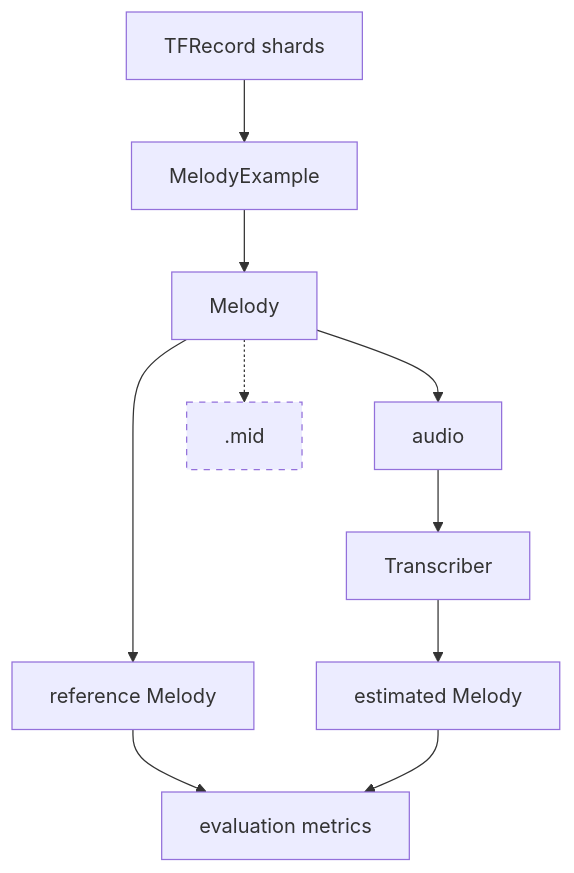
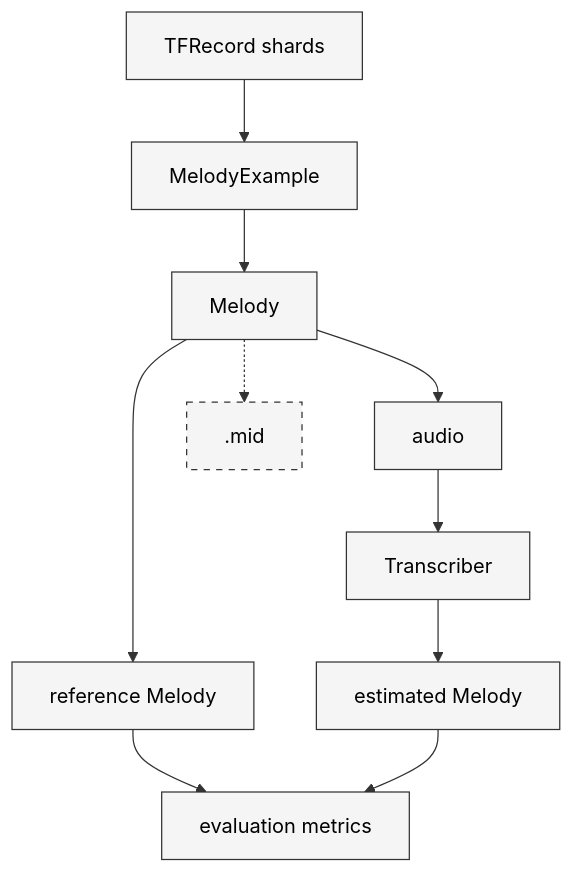
The diagram in README.md (rdguzman-dev/scribr), drawn with Mermaid before and after one commit.

Commit message:
docs(readme): fix Mermaid diagram node links

````diff
--- a/README.md
+++ b/README.md
@@ -152,27 +152,30 @@
 ```mermaid
 flowchart TD
     A[TFRecord shards] --> B[MelodyExample]
     B --> C[Melody]
 
     C --> F[audio]
     F --> H[Transcriber]
     H --> I[estimated Melody]
 
     C --> K[reference Melody]
     K --> J[evaluation metrics]
     I --> J
 
     C -.-> G[.mid]
 
     style G stroke-dasharray: 5 5
 
-    click A "src/scribr/data/dataset.py"
-    click B "src/scribr/representation/melody.py"
-    click C "src/scribr/representation/melody.py"
-    click F "src/scribr/synthesis/synthesizer.py"
-    click H "src/scribr/transcription.py"
-    click I "src/scribr/representation/melody.py"
-    click K "src/scribr/representation/melody.py"
-    click J "src/scribr/evaluation/metrics.py"
-    click G "src/scrbir/midi/writer.py"
+    click A "https://github.com/rdguzman-dev/scribr/blob/main/src/scribr/data/dataset.py"
+    click B "https://github.com/rdguzman-dev/scribr/blob/main/src/scribr/representation/melody.py"
+    click C "https://github.com/rdguzman-dev/scribr/blob/main/src/scribr/representation/melody.py"
+    click F "https://github.com/rdguzman-dev/scribr/blob/main/src/scribr/synthesis/synthesizer.py"
+    click H "https://github.com/rdguzman-dev/scribr/blob/main/src/scribr/transcription.py"
+    click I "https://github.com/rdguzman-dev/scribr/blob/main/src/scribr/representation/melody.py"
+    click K "https://github.com/rdguzman-dev/scribr/blob/main/src/scribr/representation/melody.py"
+    click J "https://github.com/rdguzman-dev/scribr/blob/main/src/scribr/evaluation/metrics.py"
+    click G "https://github.com/rdguzman-dev/scribr/blob/main/src/scrbir/midi/writer.py"
+
+    classDef clickable fill:#f5f5f5,stroke:#333,color:#000
+    class A,B,C,F,H,I,K,J,G clickable
 ```
````
